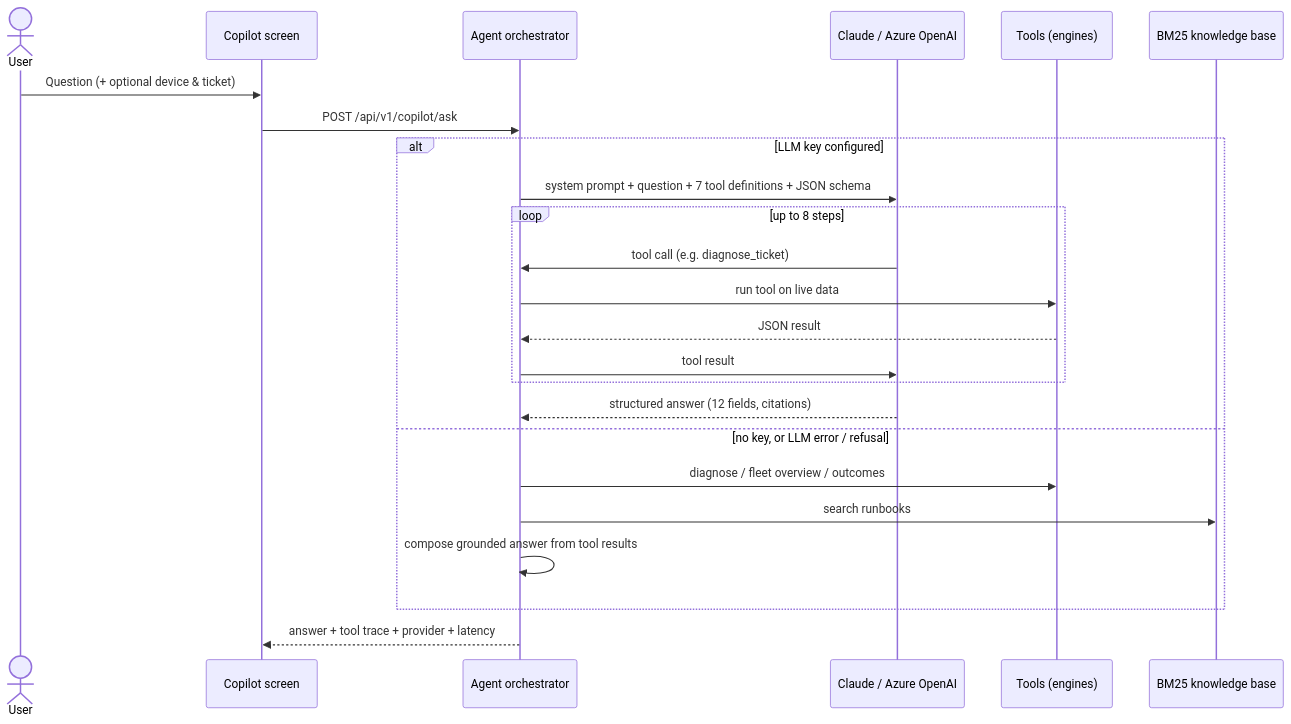
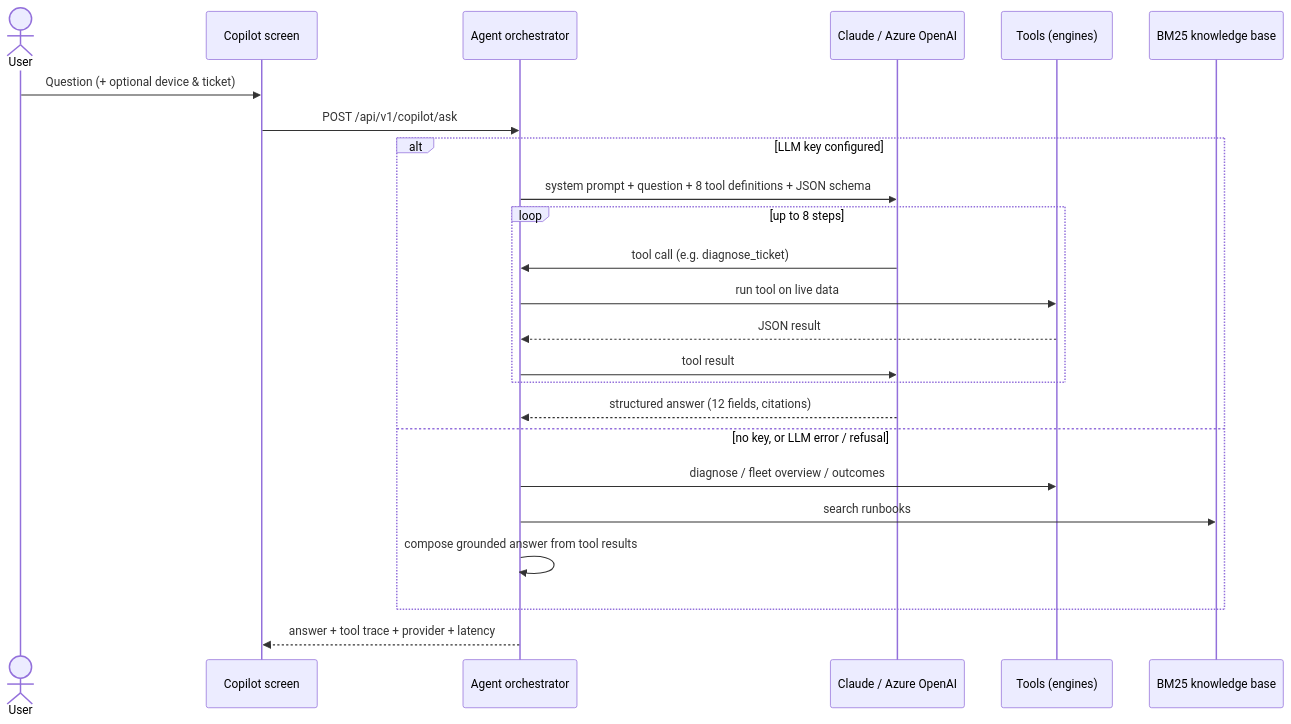
The fifth of 7 diagrams in documentation.md (VijayVishwanath/SentimentCorrelation), drawn with Mermaid before and after one commit. The commit also changed other lines of this file and 2 other files, not shown here.

````diff
--- a/documentation.md
+++ b/documentation.md
@@ -409,26 +435,26 @@
 ```mermaid
 sequenceDiagram
     actor User
     participant UI as Copilot screen
     participant AG as Agent orchestrator
     participant LLM as Claude / Azure OpenAI
     participant T as Tools (engines)
     participant KB as BM25 knowledge base
     User->>UI: Question (+ optional device & ticket)
     UI->>AG: POST /api/v1/copilot/ask
     alt LLM key configured
-        AG->>LLM: system prompt + question + 7 tool definitions + JSON schema
+        AG->>LLM: system prompt + question + 8 tool definitions + JSON schema
         loop up to 8 steps
             LLM->>AG: tool call (e.g. diagnose_ticket)
             AG->>T: run tool on live data
             T-->>AG: JSON result
             AG->>LLM: tool result
         end
         LLM-->>AG: structured answer (12 fields, citations)
     else no key, or LLM error / refusal
         AG->>T: diagnose / fleet overview / outcomes
         AG->>KB: search runbooks
         AG->>AG: compose grounded answer from tool results
     end
     AG-->>UI: answer + tool trace + provider + latency
 ```
````
